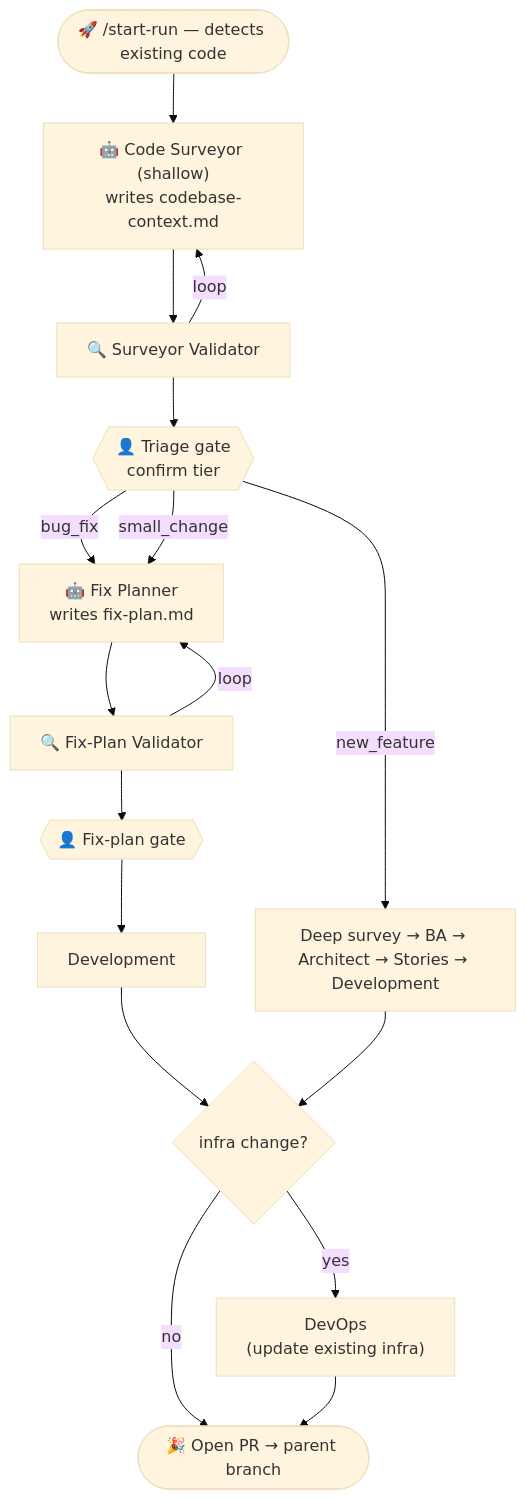
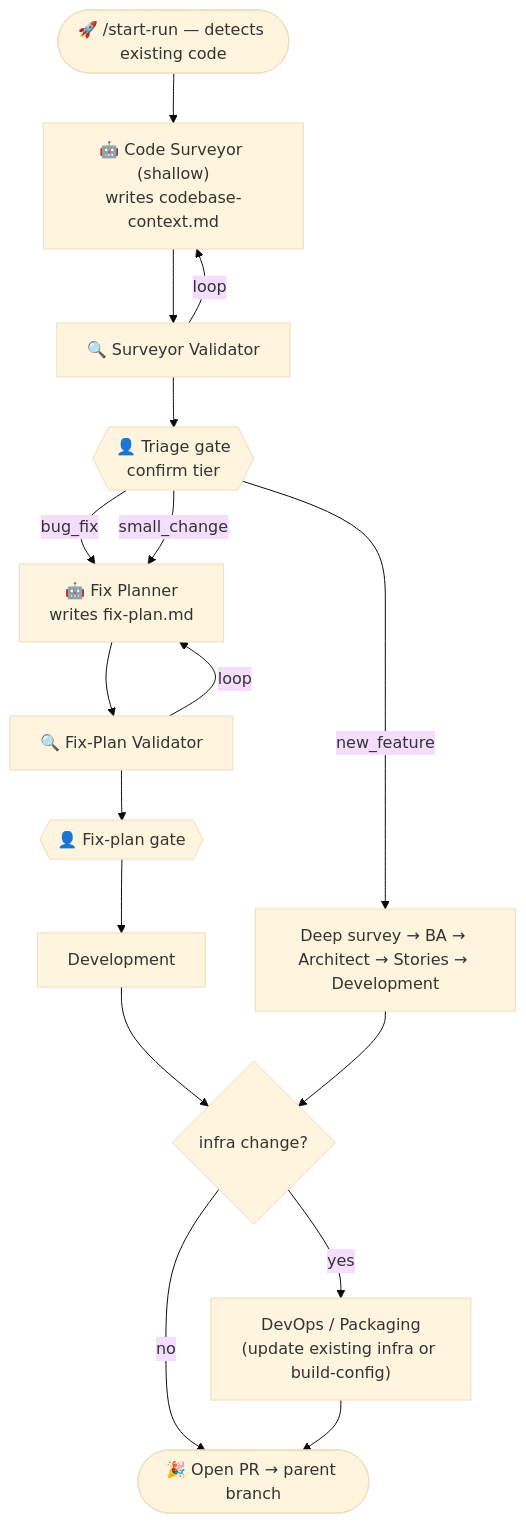
One commit to ecogs-sys/Agentic.SDLC changed the second of 2 diagrams in plugins/agentic-sdlc/README.md. Above: the diagram before and after it, drawn with Mermaid (base theme). The commit also changed other lines of this file and 3 other files, not shown here.

````diff
--- a/plugins/agentic-sdlc/README.md
+++ b/plugins/agentic-sdlc/README.md
@@ -190,19 +232,19 @@
 ```mermaid
 flowchart TD
     S(["🚀 /start-run — detects existing code"]) --> SV["🤖 Code Surveyor (shallow)<br/>writes codebase-context.md"]
     SV --> SVV["🔍 Surveyor Validator"]
     SVV -- "loop" --> SV
     SVV --> TG{{"👤 Triage gate<br/>confirm tier"}}
     TG -- "bug_fix" --> FP["🤖 Fix Planner<br/>writes fix-plan.md"]
     TG -- "small_change" --> FP
     FP --> FPV["🔍 Fix-Plan Validator"]
     FPV -- "loop" --> FP
     FPV --> FPG{{"👤 Fix-plan gate"}}
     FPG --> D1["Development"]
     TG -- "new_feature" --> D3["Deep survey → BA → Architect → Stories → Development"]
     D1 --> IC{"infra change?"}
     D3 --> IC
-    IC -- "yes" --> DO["DevOps<br/>(update existing infra)"]
+    IC -- "yes" --> DO["DevOps / Packaging<br/>(update existing infra or build-config)"]
     IC -- "no" --> PR(["🎉 Open PR → parent branch"])
     DO --> PR
 ```
````
